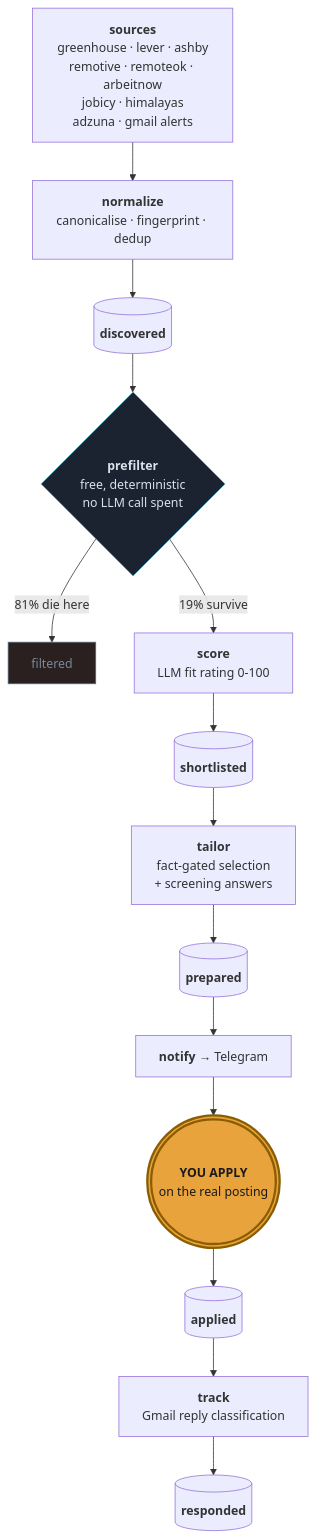
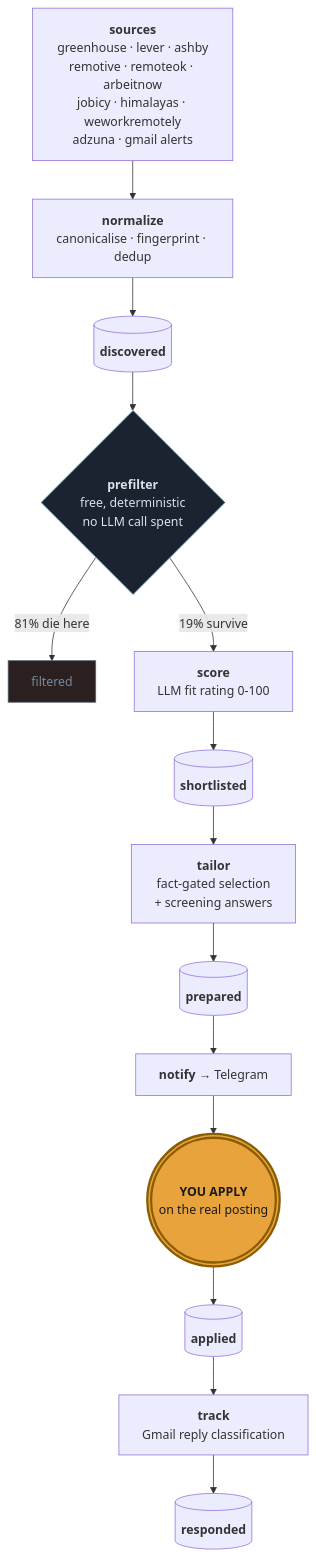
The diagram in README.md (Asit0007/JobPipe), drawn with Mermaid before and after one commit. The commit also changed other lines of this file and 4 other files, not shown here.

````diff
--- a/README.md
+++ b/README.md
@@ -49,20 +49,20 @@
 ```mermaid
 flowchart TD
-    A["<b>sources</b><br/>greenhouse · lever · ashby<br/>remotive · remoteok · arbeitnow<br/>jobicy · himalayas<br/>adzuna · gmail alerts"] --> B["<b>normalize</b><br/>canonicalise · fingerprint · dedup"]
+    A["<b>sources</b><br/>greenhouse · lever · ashby<br/>remotive · remoteok · arbeitnow<br/>jobicy · himalayas · weworkremotely<br/>adzuna · gmail alerts"] --> B["<b>normalize</b><br/>canonicalise · fingerprint · dedup"]
     B --> C[("<b>discovered</b>")]
     C --> D{"<b>prefilter</b><br/>free, deterministic<br/>no LLM call spent"}
     D -->|"81% die here"| E["filtered"]
     D -->|"19% survive"| F["<b>score</b><br/>LLM fit rating 0-100"]
     F --> G[("<b>shortlisted</b>")]
     G --> H["<b>tailor</b><br/>fact-gated selection<br/>+ screening answers"]
     H --> I[("<b>prepared</b>")]
     I --> J["<b>notify</b> → Telegram"]
     J --> K((("<b>YOU APPLY</b><br/>on the real posting")))
     K --> L[("<b>applied</b>")]
     L --> M["<b>track</b><br/>Gmail reply classification"]
     M --> N[("<b>responded</b>")]
 
     style K fill:#E8A33D,stroke:#8a5d00,stroke-width:3px,color:#1a1a1a
     style D fill:#1B2330,stroke:#4FB3C9,color:#D9E1EA
     style E fill:#2a2020,stroke:#5A6675,color:#78899B
 ```
````
